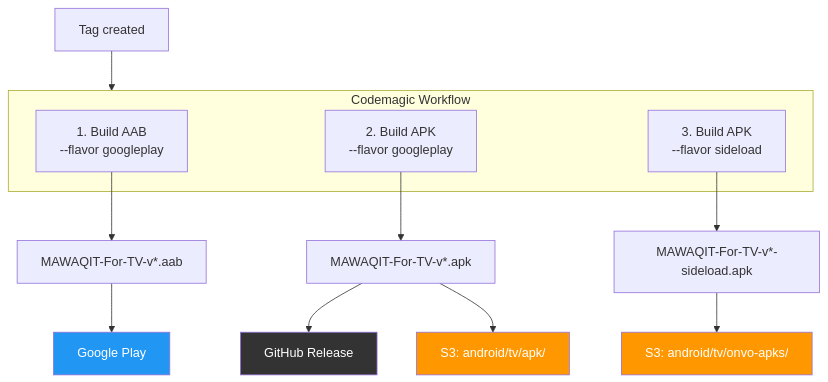
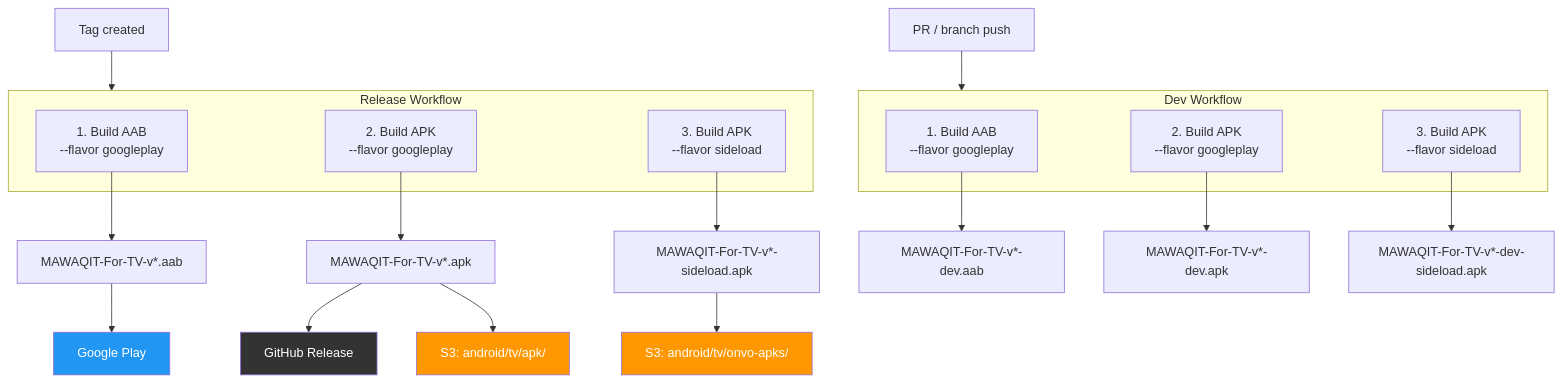
The fourth of 4 diagrams in docs/update-logic.md (YassinNouh21/android-tv-app), drawn with Mermaid before and after one commit. The commit also changed other lines of this file and 5 other files, not shown here.

````diff
--- a/docs/update-logic.md
+++ b/docs/update-logic.md
@@ -63,24 +66,35 @@
 ```mermaid
 flowchart TD
-    TAG["Tag created"] --> BUILD
+    TAG["Tag created"] --> RELEASE
+    PR["PR / branch push"] --> DEV
 
-    subgraph BUILD["Codemagic Workflow"]
+    subgraph RELEASE["Release Workflow"]
         B1["1. Build AAB<br/>--flavor googleplay"]
         B2["2. Build APK<br/>--flavor googleplay"]
         B3["3. Build APK<br/>--flavor sideload"]
+    end
+
+    subgraph DEV["Dev Workflow"]
+        D1["1. Build AAB<br/>--flavor googleplay"]
+        D2["2. Build APK<br/>--flavor googleplay"]
+        D3["3. Build APK<br/>--flavor sideload"]
     end
 
     B1 --> A1["MAWAQIT-For-TV-v*.aab"]
     B2 --> A2["MAWAQIT-For-TV-v*.apk"]
     B3 --> A3["MAWAQIT-For-TV-v*-sideload.apk"]
 
     A1 --> PLAY["Google Play"]
     A2 --> GITHUB["GitHub Release"]
     A2 --> S3_APK["S3: android/tv/apk/"]
     A3 --> S3_SIDE["S3: android/tv/onvo-apks/"]
 
+    D1 --> DA1["MAWAQIT-For-TV-v*-dev.aab"]
+    D2 --> DA2["MAWAQIT-For-TV-v*-dev.apk"]
+    D3 --> DA3["MAWAQIT-For-TV-v*-dev-sideload.apk"]
+
     style PLAY fill:#2196F3,color:#fff
     style GITHUB fill:#333,color:#fff
     style S3_APK fill:#FF9800,color:#fff
     style S3_SIDE fill:#FF9800,color:#fff
 ```
````
